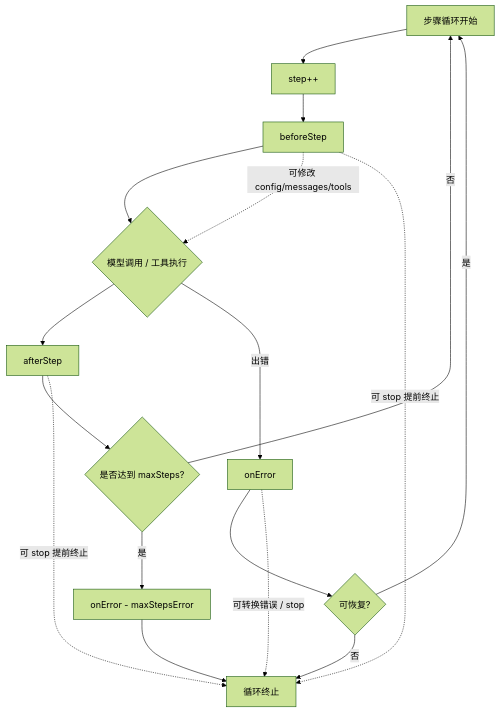
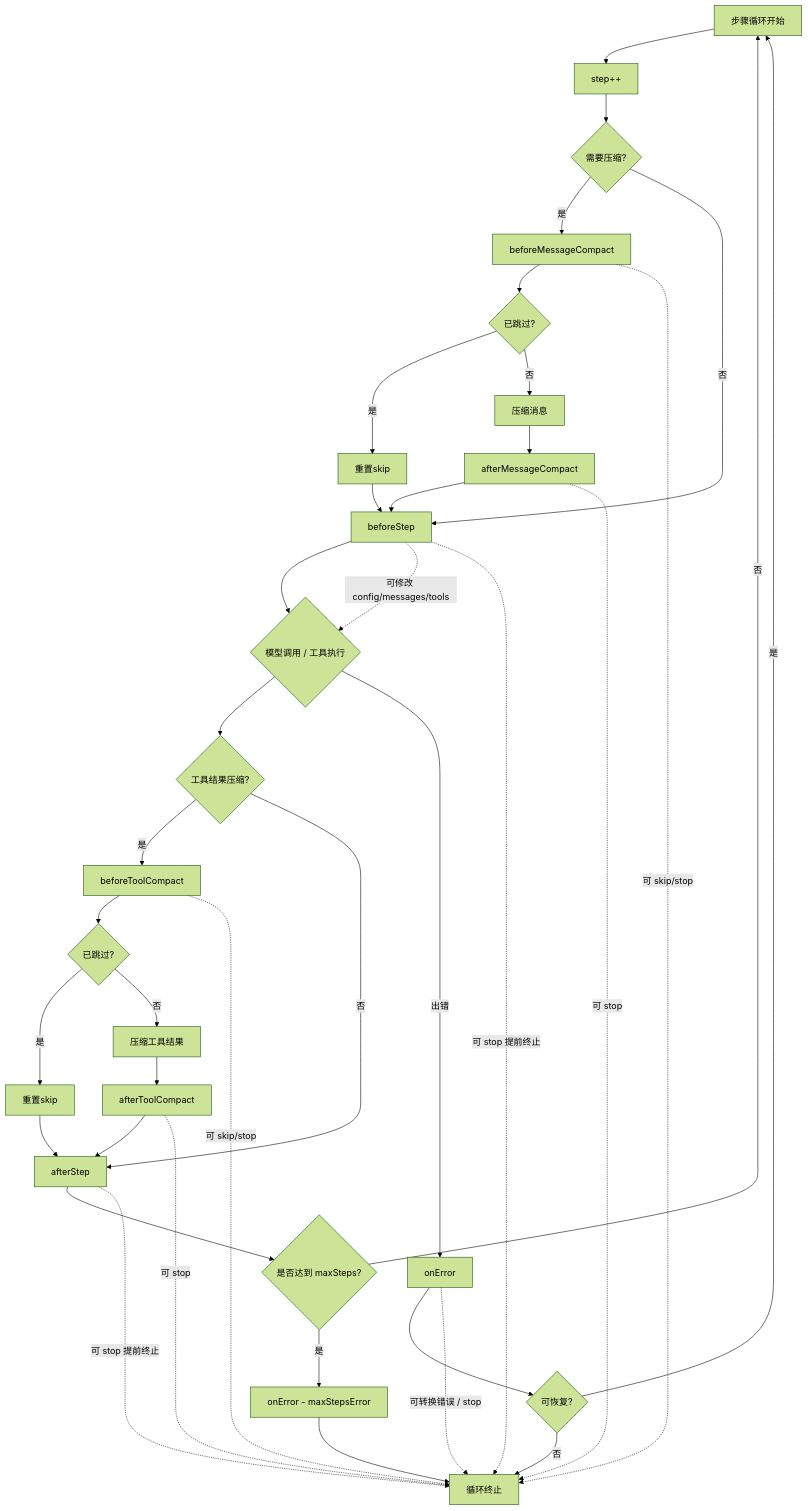
One commit to FliPPeDround/deepseek-kit changed the diagram in website/content/zh/2.core/7.hooks.md. Above: the diagram before and after it, drawn with Mermaid (forest theme). The commit also changed other lines of this file and 8 other files, not shown here.

````diff
--- a/website/content/zh/2.core/7.hooks.md
+++ b/website/content/zh/2.core/7.hooks.md
@@ -411,20 +536,40 @@
 ```mermaid
 flowchart TD
     A[步骤循环开始] --> B[step++]
-    B --> C[beforeStep]
+    B --> B1{需要压缩?}
+    B1 -- 是 --> B2[beforeMessageCompact]
+    B2 --> B3{已跳过?}
+    B3 -- 是 --> B4[重置skip]
+    B3 -- 否 --> B5[压缩消息]
+    B5 --> B6[afterMessageCompact]
+    B4 --> C
+    B6 --> C
+    B1 -- 否 --> C[beforeStep]
     C --> D{模型调用 / 工具执行}
-    D --> E[afterStep]
+    D --> D1{工具结果压缩?}
+    D1 -- 是 --> D2[beforeToolCompact]
+    D2 --> D3{已跳过?}
+    D3 -- 是 --> D4[重置skip]
+    D3 -- 否 --> D5[压缩工具结果]
+    D5 --> D6[afterToolCompact]
+    D4 --> E
+    D6 --> E
+    D1 -- 否 --> E[afterStep]
     E --> F{是否达到 maxSteps?}
     F -- 否 --> A
     F -- 是 --> G[onError - maxStepsError]
     D -- 出错 --> H[onError]
     H --> I{可恢复?}
     I -- 是 --> A
     I -- 否 --> J[循环终止]
     G --> J
 
+    B2 -. 可 skip/stop .-> J
+    B6 -. 可 stop .-> J
     C -. 可修改 config/messages/tools .-> D
     C -. 可 stop 提前终止 .-> J
+    D2 -. 可 skip/stop .-> J
+    D6 -. 可 stop .-> J
     E -. 可 stop 提前终止 .-> J
     H -. 可转换错误 / stop .-> J
 ```
````
